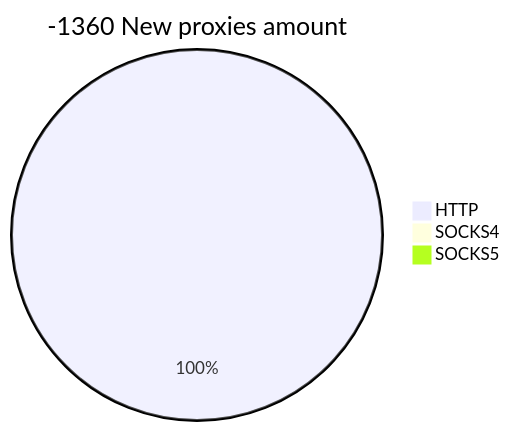
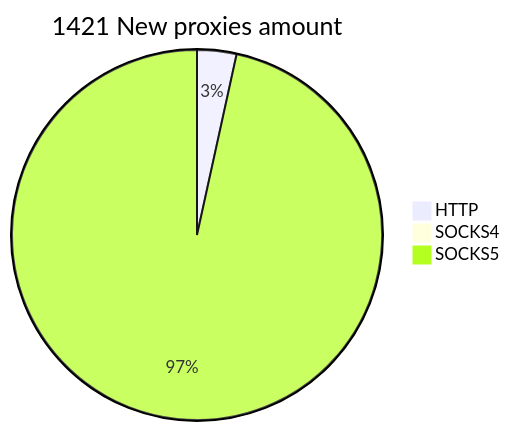
Before and after one commit to cutipu/proxylist: the second of 2 diagrams in README.md, drawn with Mermaid. The commit also changed other lines of this file, not shown here.

````diff
--- a/README.md
+++ b/README.md
@@ -10,6 +10,6 @@
 ```mermaid
-pie title -1360 New proxies amount
-    "HTTP" : 1
+pie title 1421 New proxies amount
+    "HTTP" : 49
     "SOCKS4" : 0
-    "SOCKS5" : 0
+    "SOCKS5" : 1377
 ```
````
